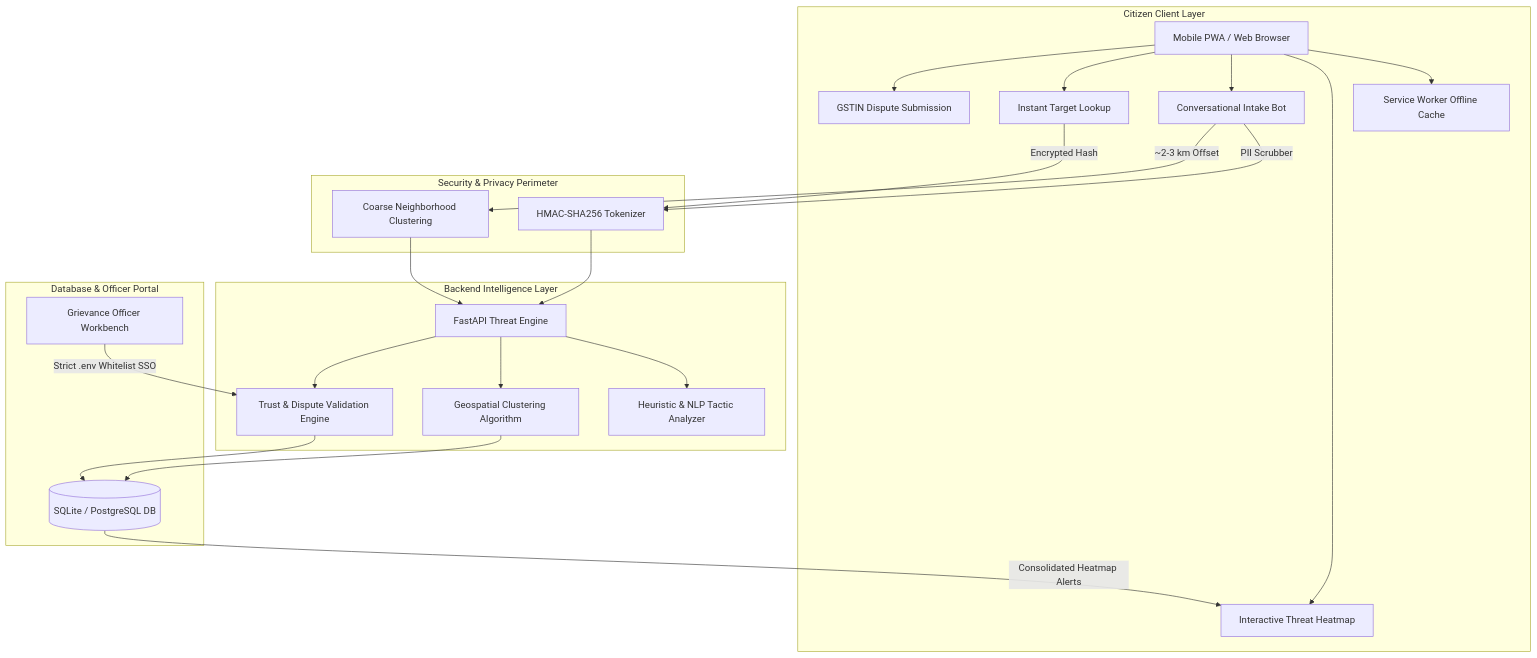
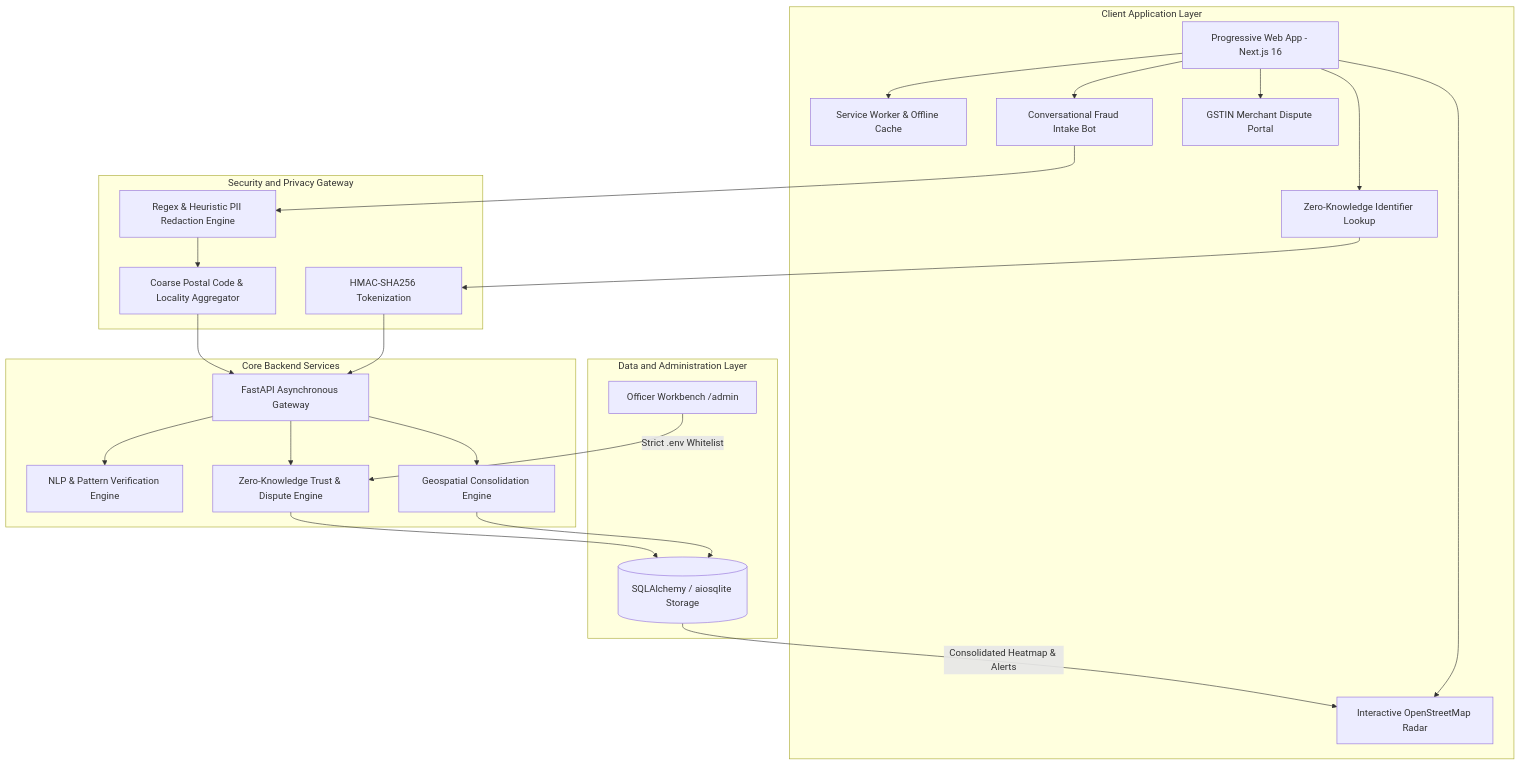
The diagram in SCAMRADAR_PROBLEM_AND_TOTAL_SOLUTION.md (Jagadesh-1811/community-Scam-), drawn with Mermaid before and after one commit. The commit also changed other lines of this file, not shown here.

````diff
--- a/SCAMRADAR_PROBLEM_AND_TOTAL_SOLUTION.md
+++ b/SCAMRADAR_PROBLEM_AND_TOTAL_SOLUTION.md
@@ -49,31 +65,31 @@
 ```mermaid
 flowchart TD
-    subgraph Citizen Client Layer
-        A[Mobile PWA / Web Browser] --> B[Service Worker Offline Cache]
-        A --> C[Interactive Threat Heatmap]
-        A --> D[Conversational Intake Bot]
-        A --> E[Instant Target Lookup]
-        A --> F[GSTIN Dispute Submission]
+    subgraph Client Application Layer
+        PWA[Progressive Web App - Next.js 16] --> SW[Service Worker & Offline Cache]
+        PWA --> MapView[Interactive OpenStreetMap Radar]
+        PWA --> IntakeBot[Conversational Fraud Intake Bot]
+        PWA --> VerifyModal[Zero-Knowledge Identifier Lookup]
+        PWA --> DisputeModal[GSTIN Merchant Dispute Portal]
     end
 
-    subgraph Security & Privacy Perimeter
-        D -->|PII Scrubber| G[HMAC-SHA256 Tokenizer]
-        D -->|~2-3 km Offset| H[Coarse Neighborhood Clustering]
-        E -->|Encrypted Hash| G
+    subgraph Security and Privacy Gateway
+        IntakeBot --> PIIScrub[Regex & Heuristic PII Redaction Engine]
+        VerifyModal --> HMACHash[HMAC-SHA256 Tokenization]
+        PIIScrub --> GeoCluster[Coarse Postal Code & Locality Aggregator]
     end
 
-    subgraph Backend Intelligence Layer
-        G --> I[FastAPI Threat Engine]
-        H --> I
-        I --> J[Heuristic & NLP Tactic Analyzer]
-        I --> K[Geospatial Clustering Algorithm]
-        I --> L[Trust & Dispute Validation Engine]
+    subgraph Core Backend Services
+        HMACHash --> API[FastAPI Asynchronous Gateway]
+        GeoCluster --> API
+        API --> HeuristicEngine[NLP & Pattern Verification Engine]
+        API --> MapClusterEngine[Geospatial Consolidation Engine]
+        API --> TrustEngine[Zero-Knowledge Trust & Dispute Engine]
     end
 
-    subgraph Database & Officer Portal
-        K --> M[(SQLite / PostgreSQL DB)]
-        L --> M
-        N[Grievance Officer Workbench] -->|Strict .env Whitelist SSO| L
-        M -->|Consolidated Heatmap Alerts| C
+    subgraph Data and Administration Layer
+        MapClusterEngine --> Database[(SQLAlchemy / aiosqlite Storage)]
+        TrustEngine --> Database
+        AdminPortal[Officer Workbench /admin] -->|Strict .env Whitelist| TrustEngine
+        Database -->|Consolidated Heatmap & Alerts| MapView
     end
 ```
````
